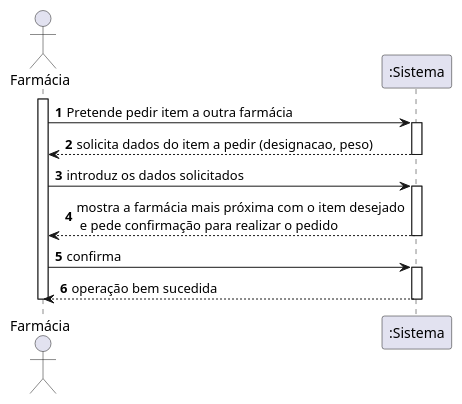
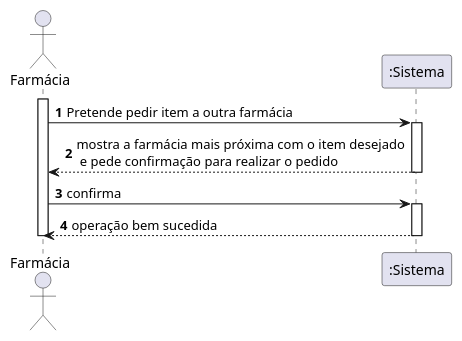
Before and after one commit to pedrolemos4/LAPR3: the diagram in docs/UC124/UC124_PedirItemFarmaciaSSD.puml, drawn with PlantUML. The commit also changed 7 other files, not shown here.

Commit message:
LAP3AP4-157 #close Pedir Item Farmácia [Review]

```diff
--- a/docs/UC124/UC124_PedirItemFarmaciaSSD.puml
+++ b/docs/UC124/UC124_PedirItemFarmaciaSSD.puml
@@ -1,24 +1,18 @@
 @startuml
 autonumber
 actor "Farmácia" as FARM
 
 activate FARM
 FARM -> ":Sistema" : Pretende pedir item a outra farmácia
-activate ":Sistema"
-
-":Sistema" --> FARM : solicita dados do item a pedir (designacao, peso)
-deactivate ":Sistema"
-
-FARM -> ":Sistema" : introduz os dados solicitados
 activate ":Sistema"
 
 ":Sistema" --> FARM : mostra a farmácia mais próxima com o item desejado\n e pede confirmação para realizar o pedido
 deactivate ":Sistema"
 
 FARM -> ":Sistema" : confirma
 activate ":Sistema"
 ":Sistema" --> FARM : operação bem sucedida
 deactivate ":Sistema"
 
 deactivate FARM
 @enduml
```
